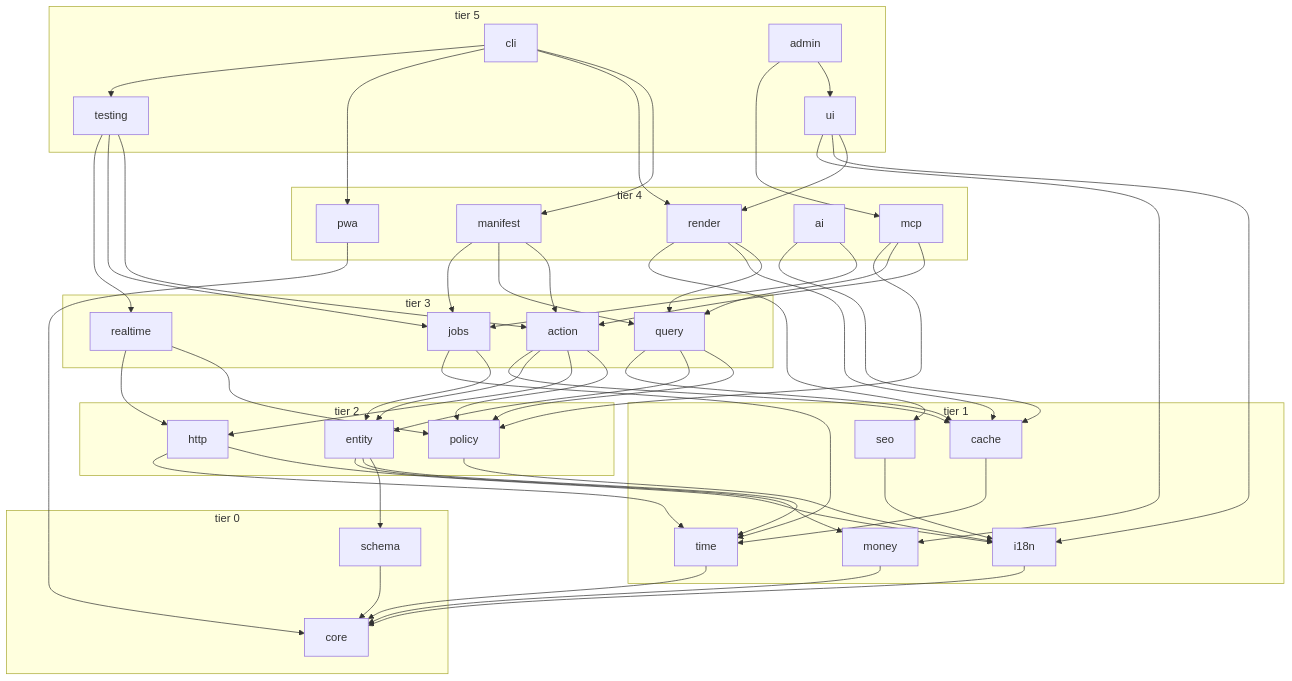
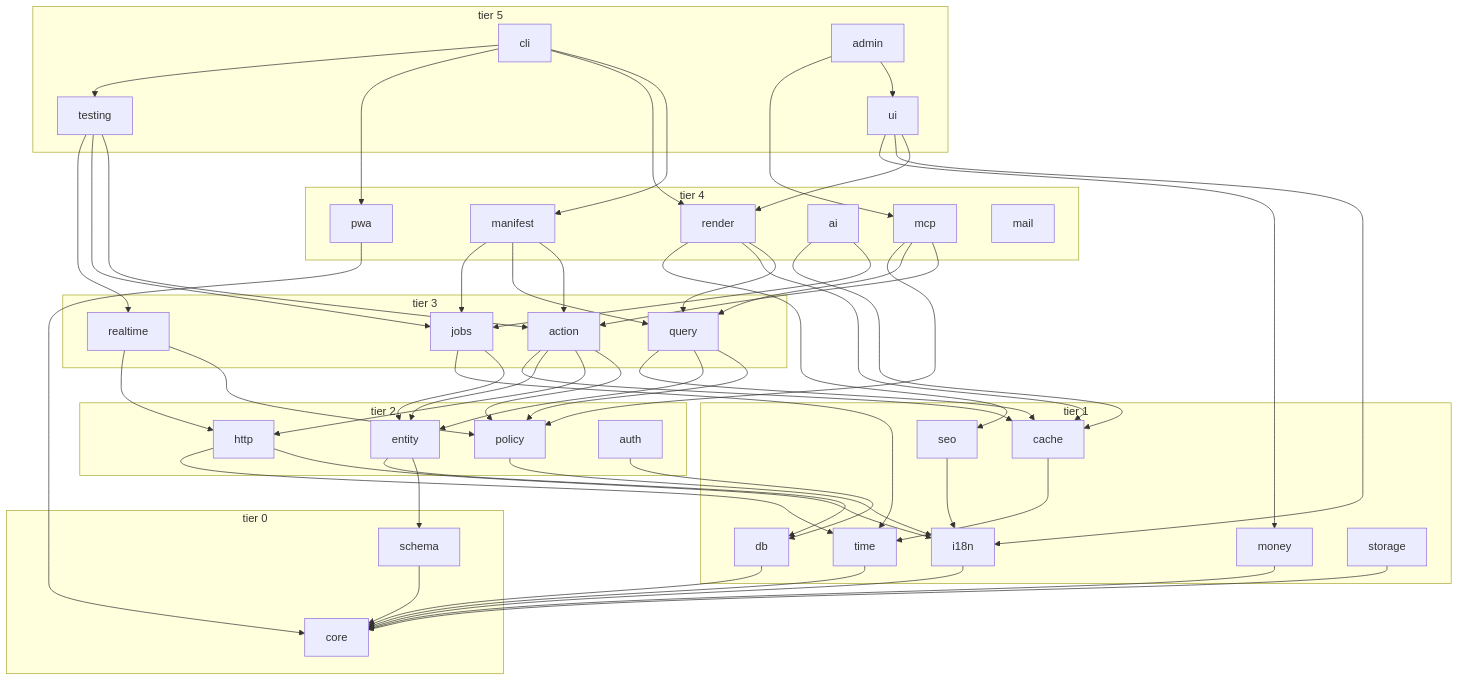
One commit to developerz-ai/ultimate changed the diagram in docs/architecture/01-package-map.md. Above: the diagram before and after it, drawn with Mermaid. The commit also changed other lines of this file and 54 other files, not shown here.

````diff
--- a/docs/architecture/01-package-map.md
+++ b/docs/architecture/01-package-map.md
@@ -59,73 +77,75 @@
 ```mermaid
 graph TD
   subgraph T5["tier 5"]
     cli; testing; admin; ui
   end
   subgraph T4["tier 4"]
-    render; pwa; mcp; ai; manifest
+    render; pwa; mcp; ai; manifest; mail
   end
   subgraph T3["tier 3"]
     action; query; jobs; realtime
   end
   subgraph T2["tier 2"]
-    entity; policy; http
+    entity; policy; http; auth
   end
   subgraph T1["tier 1"]
-    i18n; money; time; cache; seo
+    i18n; money; time; cache; seo; db; storage
   end
   subgraph T0["tier 0"]
     core; schema
   end
 
   cli --> manifest
   cli --> render
   cli --> pwa
   cli --> testing
   testing --> action
   testing --> jobs
   testing --> realtime
   admin --> ui
   admin --> mcp
   ui --> render
   ui --> i18n
   ui --> money
 
   render --> query
   render --> cache
   render --> seo
   pwa --> core
   mcp --> action
   mcp --> query
   mcp --> policy
   ai --> jobs
   ai --> cache
   manifest --> action
   manifest --> query
   manifest --> jobs
 
   action --> policy
   action --> http
   action --> entity
   action --> cache
   query --> policy
   query --> entity
   query --> cache
   jobs --> entity
   jobs --> time
   realtime --> policy
   realtime --> http
 
   entity --> schema
-  entity --> time
-  entity --> money
+  entity --> db
+  auth --> db
+  db --> core
+  storage --> core
   policy --> i18n
   http --> i18n
   http --> time
   cache --> time
   seo --> i18n
 
   i18n --> core
   money --> core
   time --> core
   schema --> core
 ```
````
